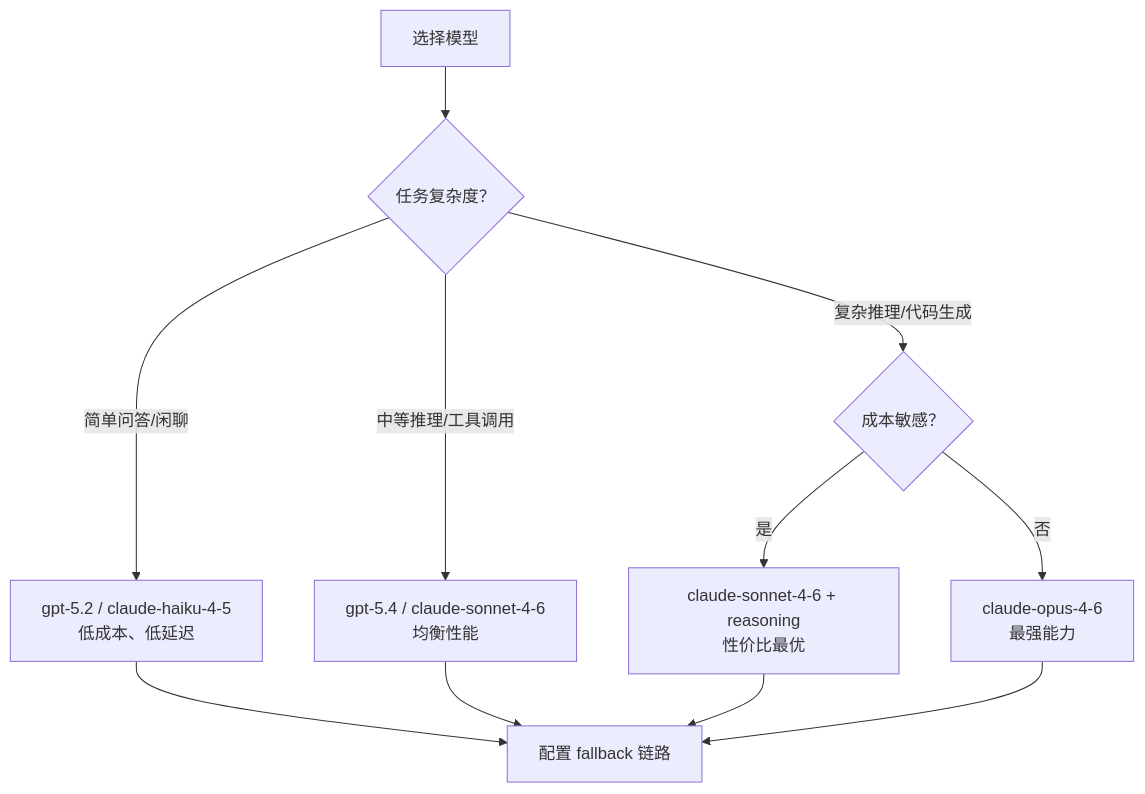
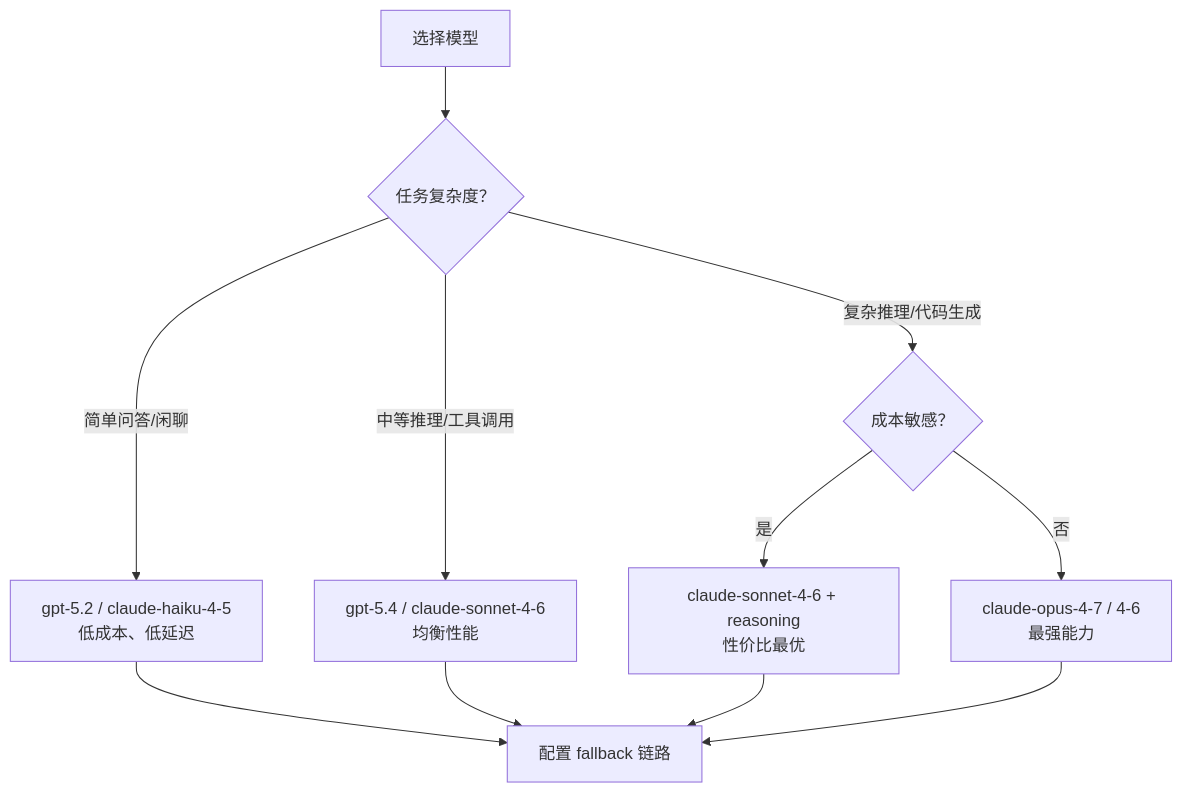
The diagram in 04_config_models/4.3_model_selection.md (yeasy/openclaw_guide), drawn with Mermaid before and after one commit. The commit also changed 4 other files, not shown here.

````diff
--- a/04_config_models/4.3_model_selection.md
+++ b/04_config_models/4.3_model_selection.md
@@ -30,13 +30,13 @@
 ```mermaid
 flowchart TD
     Start["选择模型"] --> Q1{"任务复杂度？"}
     Q1 -->|"简单问答/闲聊"| M1["gpt-5.2 / claude-haiku-4-5<br/>低成本、低延迟"]
     Q1 -->|"中等推理/工具调用"| M2["gpt-5.4 / claude-sonnet-4-6<br/>均衡性能"]
     Q1 -->|"复杂推理/代码生成"| Q2{"成本敏感？"}
     Q2 -->|"是"| M3["claude-sonnet-4-6 + reasoning<br/>性价比最优"]
-    Q2 -->|"否"| M4["claude-opus-4-6<br/>最强能力"]
+    Q2 -->|"否"| M4["claude-opus-4-7 / 4-6<br/>最强能力"]
     M1 --> FB["配置 fallback 链路"]
     M2 --> FB
     M3 --> FB
     M4 --> FB
 ```
````
